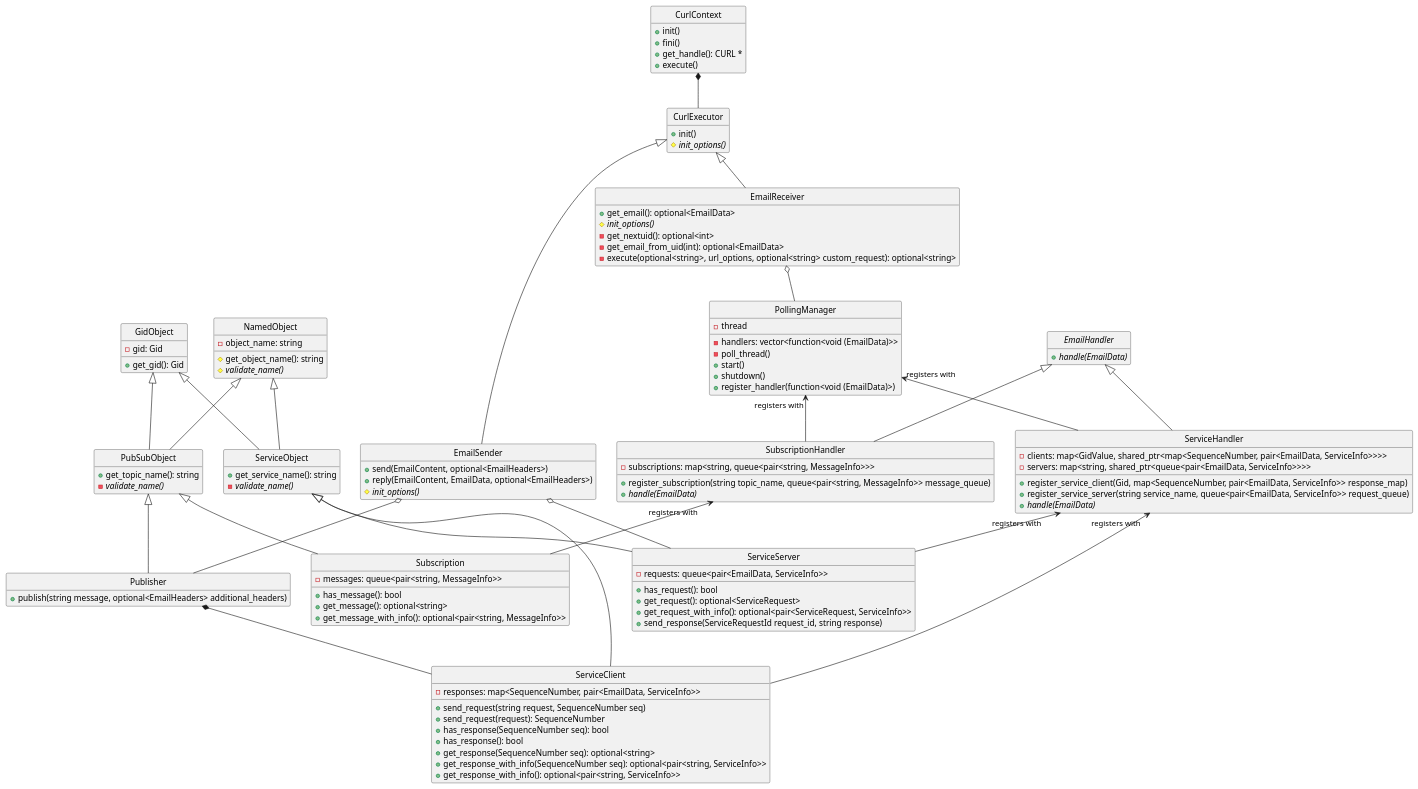
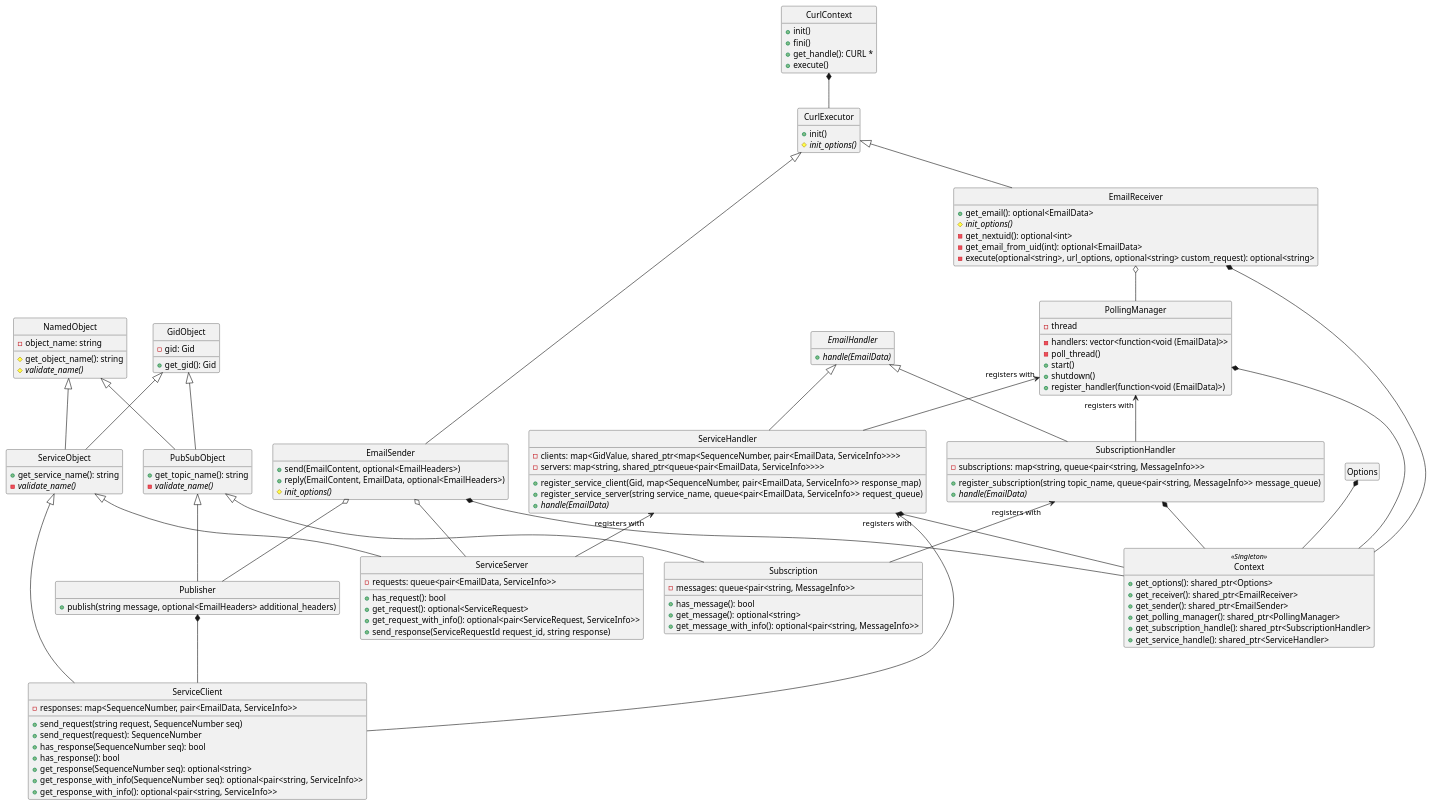
Before and after one commit to christophebedard/rmw_email: the first of 4 diagrams in email/doc/design.md, drawn with PlantUML. The commit also changed other lines of this file, not shown here.

Commit message:
Add/mention context

````diff
--- a/email/doc/design.md
+++ b/email/doc/design.md
@@ -231,5 +245,21 @@
 EmailSender o-- ServiceServer
 ServiceHandler "registers with" <-- ServiceServer
 
+
+class Context <<Singleton>> {
+   +get_options(): shared_ptr<Options>
+   +get_receiver(): shared_ptr<EmailReceiver>
+   +get_sender(): shared_ptr<EmailSender>
+   +get_polling_manager(): shared_ptr<PollingManager>
+   +get_subscription_handle(): shared_ptr<SubscriptionHandler>
+   +get_service_handle(): shared_ptr<ServiceHandler>
+}
+Options *-- Context
+EmailReceiver *-- Context
+EmailSender *-- Context
+PollingManager *-- Context
+SubscriptionHandler *-- Context
+ServiceHandler *-- Context
+
 @enduml
 ```
````
